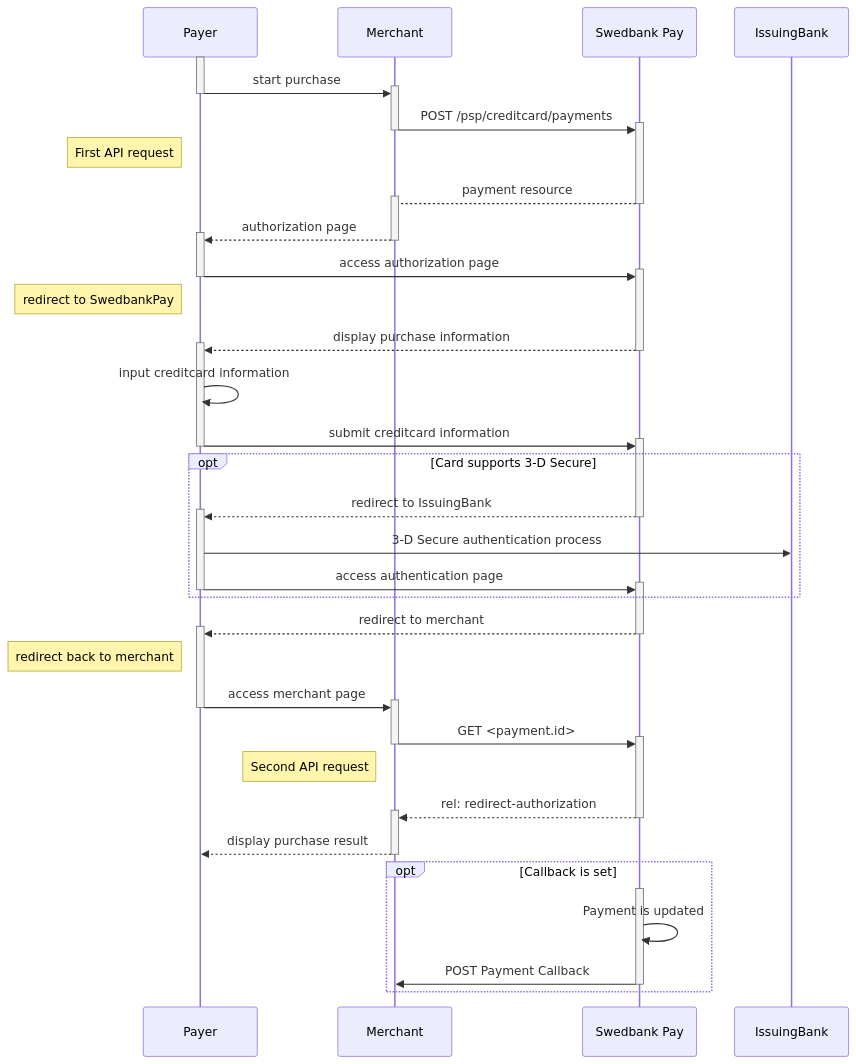
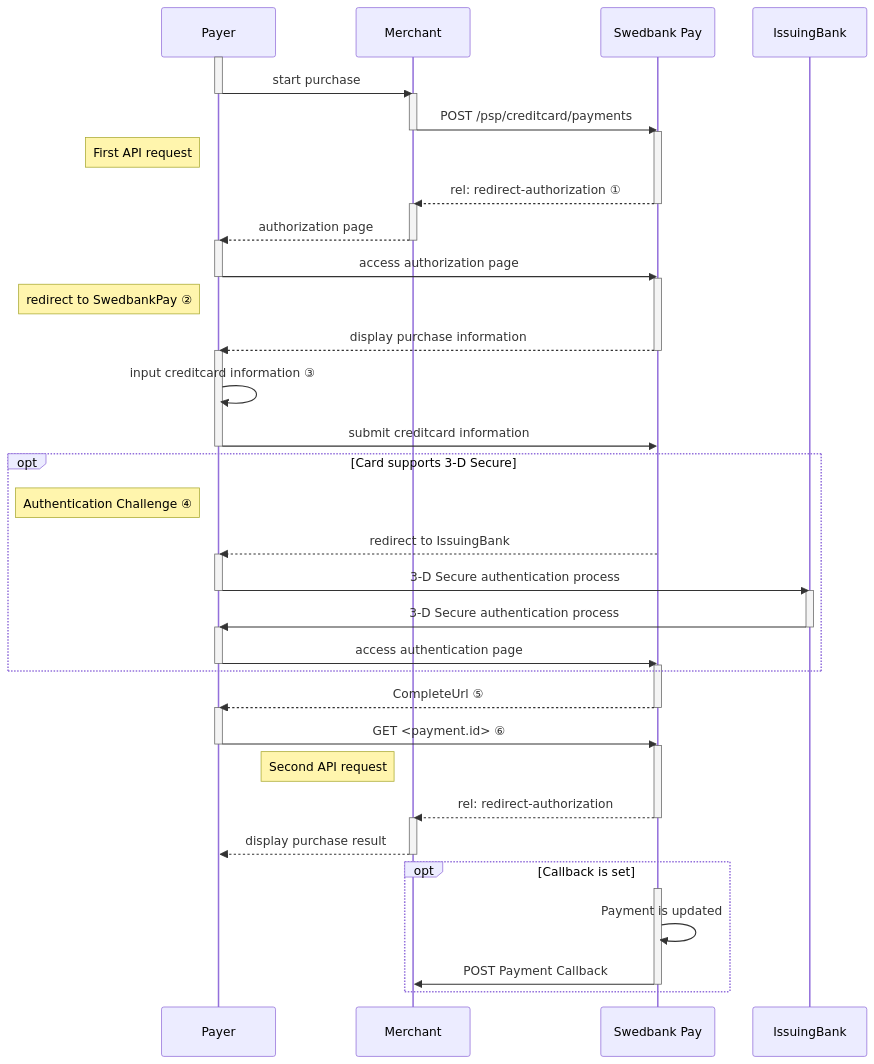
One commit to SwedbankPay/developer.swedbankpay.com changed the first of 3 diagrams in payments/card/redirect.md. Above: the diagram before and after it, drawn with Mermaid. The commit also changed other lines of this file, not shown here.

Commit message:
DX-473 Edited redirect to be more conform to seamless-view

````diff
--- a/payments/card/redirect.md
+++ b/payments/card/redirect.md
@@ -133,54 +35,48 @@
 ```mermaid
 sequenceDiagram
     participant Payer
     participant Merchant
     participant SwedbankPay as Swedbank Pay
 
-  activate Payer
-  Payer->>+Merchant: start purchase
-  deactivate Payer
-  Merchant->>+SwedbankPay: POST /psp/creditcard/payments
-  deactivate Merchant
-  note left of Payer: First API request
-  SwedbankPay-->+Merchant: payment resource
-  deactivate SwedbankPay
-  Merchant-->>+Payer: authorization page
-  deactivate Merchant
-  Payer->>+SwedbankPay: access authorization page
-  deactivate Payer
-  note left of Payer: redirect to SwedbankPay
-  SwedbankPay-->>+Payer: display purchase information
-  deactivate SwedbankPay
-
-  Payer->>Payer: input creditcard information
-  Payer->>+SwedbankPay: submit creditcard information
-  deactivate Payer
-  opt Card supports 3-D Secure
-    SwedbankPay-->>+Payer: redirect to IssuingBank
-    deactivate SwedbankPay
-    Payer->>IssuingBank: 3-D Secure authentication process
-    Payer->>+SwedbankPay: access authentication page
-    deactivate Payer
-  end
-
-  SwedbankPay-->>+Payer: redirect to merchant
-  deactivate SwedbankPay
-  note left of Payer: redirect back to merchant
-
-  Payer->>+Merchant: access merchant page
-  deactivate Payer
-  Merchant->>+SwedbankPay: GET <payment.id>
-  deactivate Merchant
-  note left of Merchant: Second API request
-  SwedbankPay-->>+Merchant: rel: redirect-authorization
-  deactivate SwedbankPay
-  Merchant-->>Payer: display purchase result
-  deactivate Merchant
-
-  opt Callback is set
+    activate Payer
+    Payer->>-Merchant: start purchase
+    activate Merchant
+    Merchant->>-SwedbankPay: POST /psp/creditcard/payments
     activate SwedbankPay
-    SwedbankPay->>SwedbankPay: Payment is updated
-    SwedbankPay->>Merchant: POST Payment Callback
-    deactivate SwedbankPay
-  end
+    note left of Payer: First API request
+    SwedbankPay-->>-Merchant: rel: redirect-authorization ①
+    activate Merchant
+    Merchant-->>-Payer: authorization page
+    activate Payer
+    Payer->>-SwedbankPay: access authorization page
+    activate SwedbankPay
+    note left of Payer: redirect to SwedbankPay ②
+    SwedbankPay-->>-Payer: display purchase information
+    activate Payer
+    Payer->>Payer: input creditcard information ③
+    Payer->>-SwedbankPay: submit creditcard information
+        opt Card supports 3-D Secure
+        note left of Payer: Authentication Challenge ④
+        SwedbankPay-->>Payer: redirect to IssuingBank
+        activate Payer
+        Payer->>-IssuingBank: 3-D Secure authentication process
+        activate IssuingBank
+        IssuingBank->>-Payer: 3-D Secure authentication process
+        activate Payer
+        Payer->>-SwedbankPay: access authentication page
+        activate SwedbankPay
+        end
+    SwedbankPay-->>-Payer: CompleteUrl ⑤
+    activate Payer
+    Payer->>-SwedbankPay: GET <payment.id> ⑥
+    activate SwedbankPay
+    note left of Merchant: Second API request
+    SwedbankPay-->>-Merchant: rel: redirect-authorization
+    activate Merchant
+    Merchant-->>-Payer: display purchase result
+        opt Callback is set
+        activate SwedbankPay
+        SwedbankPay->>SwedbankPay: Payment is updated
+        SwedbankPay->>-Merchant: POST Payment Callback
+        end
 ```
````
